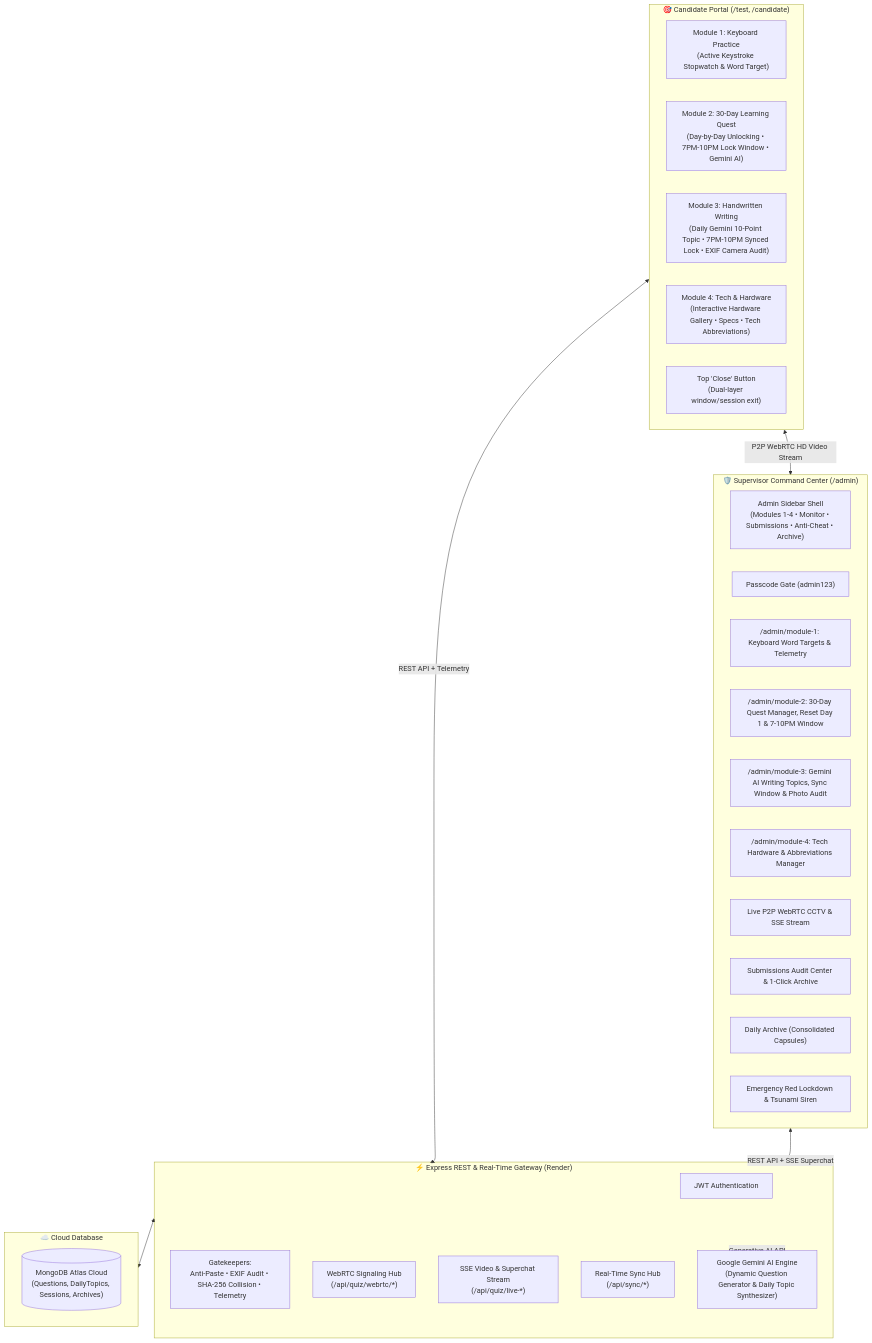
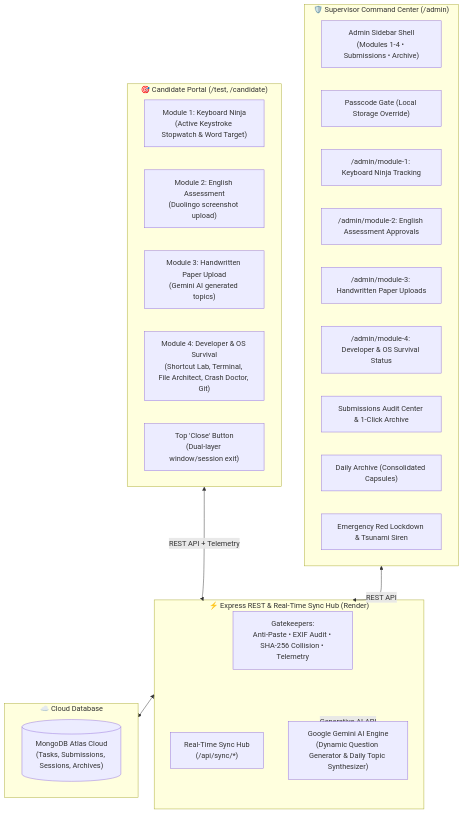
The diagram in README.md (Maheshwarandev/sentinel-proctor), drawn with Mermaid before and after one commit. The commit also changed other lines of this file and 37 other files, not shown here.

````diff
--- a/README.md
+++ b/README.md
@@ -33,42 +32,37 @@
 ```mermaid
 flowchart TB
     subgraph CandidateEnclave["🎯 Candidate Portal (/test, /candidate)"]
-        M1["Module 1: Keyboard Practice\n(Active Keystroke Stopwatch & Word Target)"]
-        M2["Module 2: 30-Day Learning Quest\n(Day-by-Day Unlocking • 7PM-10PM Lock Window • Gemini AI)"]
-        M3["Module 3: Handwritten Writing\n(Daily Gemini 10-Point Topic • 7PM-10PM Synced Lock • EXIF Camera Audit)"]
-        M4["Module 4: Tech & Hardware\n(Interactive Hardware Gallery • Specs • Tech Abbreviations)"]
+        M1["Module 1: Keyboard Ninja\n(Active Keystroke Stopwatch & Word Target)"]
+        M2["Module 2: English Assessment\n(Duolingo screenshot upload)"]
+        M3["Module 3: Handwritten Paper Upload\n(Gemini AI generated topics)"]
+        M4["Module 4: Developer & OS Survival\n(Shortcut Lab, Terminal, File Architect, Crash Doctor, Git)"]
         CloseBtn["Top 'Close' Button\n(Dual-layer window/session exit)"]
     end
 
-    subgraph BackendGateway["⚡ Express REST & Real-Time Gateway (Render)"]
-        Auth["JWT Authentication"]
+    subgraph BackendGateway["⚡ Express REST & Real-Time Sync Hub (Render)"]
         Gatekeepers["Gatekeepers:\nAnti-Paste • EXIF Audit • SHA-256 Collision • Telemetry"]
-        WebRTC["WebRTC Signaling Hub\n(/api/quiz/webrtc/*)"]
-        SSE["SSE Video & Superchat Stream\n(/api/quiz/live-*)"]
         SyncHub["Real-Time Sync Hub\n(/api/sync/*)"]
         GeminiService["Google Gemini AI Engine\n(Dynamic Question Generator & Daily Topic Synthesizer)"]
     end
 
     subgraph SupervisorEnclave["🛡️ Supervisor Command Center (/admin)"]
-        Sidebar["Admin Sidebar Shell\n(Modules 1-4 • Monitor • Submissions • Anti-Cheat • Archive)"]
-        AdminAuth["Passcode Gate (admin123)"]
-        AdminMod1["/admin/module-1: Keyboard Word Targets & Telemetry"]
-        AdminMod2["/admin/module-2: 30-Day Quest Manager, Reset Day 1 & 7-10PM Window"]
-        AdminMod3["/admin/module-3: Gemini AI Writing Topics, Sync Window & Photo Audit"]
-        AdminMod4["/admin/module-4: Tech Hardware & Abbreviations Manager"]
-        CCTV["Live P2P WebRTC CCTV & SSE Stream"]
+        Sidebar["Admin Sidebar Shell\n(Modules 1-4 • Submissions • Archive)"]
+        AdminAuth["Passcode Gate (Local Storage Override)"]
+        AdminMod1["/admin/module-1: Keyboard Ninja Tracking"]
+        AdminMod2["/admin/module-2: English Assessment Approvals"]
+        AdminMod3["/admin/module-3: Handwritten Paper Uploads"]
+        AdminMod4["/admin/module-4: Developer & OS Survival Status"]
         Submissions["Submissions Audit Center & 1-Click Archive"]
         Archive["Daily Archive (Consolidated Capsules)"]
         Alarm["Emergency Red Lockdown & Tsunami Siren"]
     end
 
     subgraph CloudStorage["☁️ Cloud Database"]
-        Atlas[("MongoDB Atlas Cloud\n(Questions, DailyTopics, Sessions, Archives)")]
+        Atlas[("MongoDB Atlas Cloud\n(Tasks, Submissions, Sessions, Archives)")]
     end
 
     CandidateEnclave <-->|REST API + Telemetry| BackendGateway
-    CandidateEnclave <-->|P2P WebRTC HD Video Stream| SupervisorEnclave
-    SupervisorEnclave <-->|REST API + SSE Superchat| BackendGateway
+    SupervisorEnclave <-->|REST API| BackendGateway
     BackendGateway <--> CloudStorage
     BackendGateway <-->|Generative AI API| GeminiService
 ```
````
